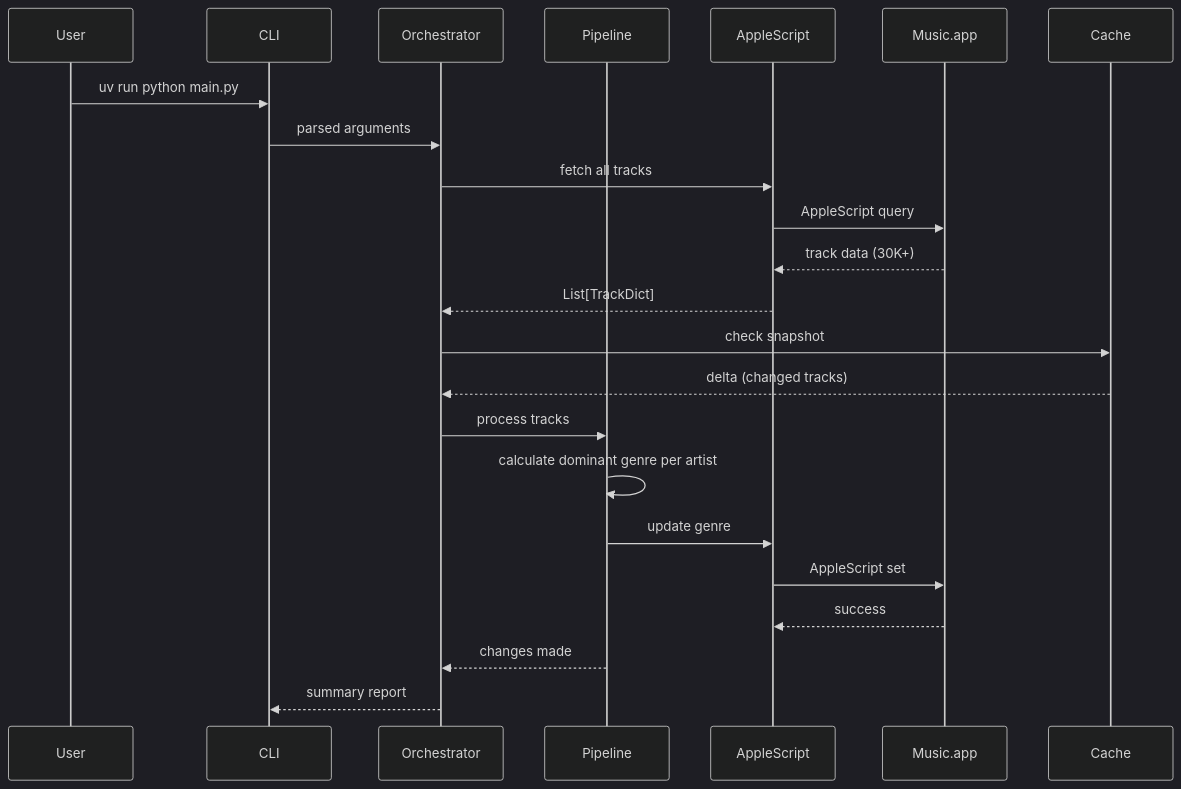
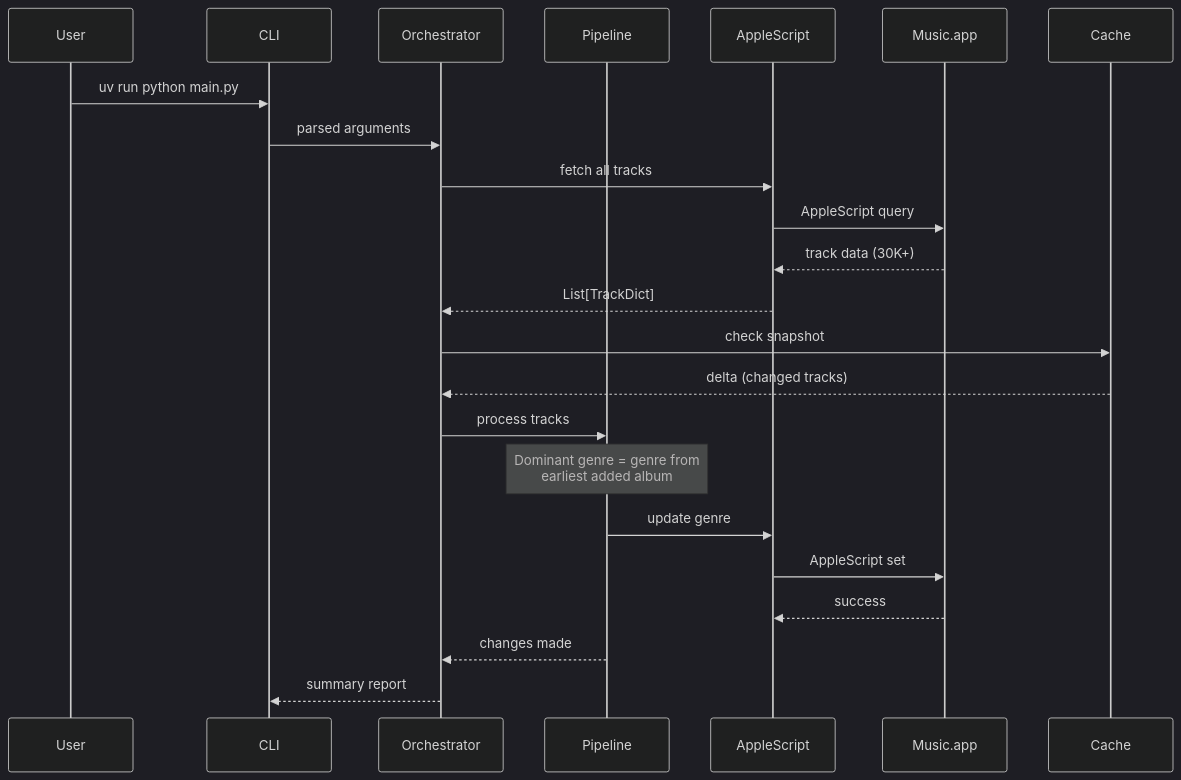
The third of 8 diagrams in README.md (barad1tos/GenreUpdater), drawn with Mermaid (dark theme) before and after one commit. The commit also changed other lines of this file, not shown here.

First line of the commit message:
docs(readme): clarify dominant genre algorithm

````diff
--- a/README.md
+++ b/README.md
@@ -414,25 +413,25 @@
 ```mermaid
 sequenceDiagram
     participant U as User
     participant CLI as CLI
     participant O as Orchestrator
     participant P as Pipeline
     participant A as AppleScript
     participant M as Music.app
     participant C as Cache
     U ->> CLI: uv run python main.py
     CLI ->> O: parsed arguments
     O ->> A: fetch all tracks
     A ->> M: AppleScript query
     M -->> A: track data (30K+)
     A -->> O: List[TrackDict]
     O ->> C: check snapshot
     C -->> O: delta (changed tracks)
     O ->> P: process tracks
-    P ->> P: calculate dominant genre per artist
+    Note over P: Dominant genre = genre from<br/>earliest added album
     P ->> A: update genre
     A ->> M: AppleScript set
     M -->> A: success
     P -->> O: changes made
     O -->> CLI: summary report
 ```
````
